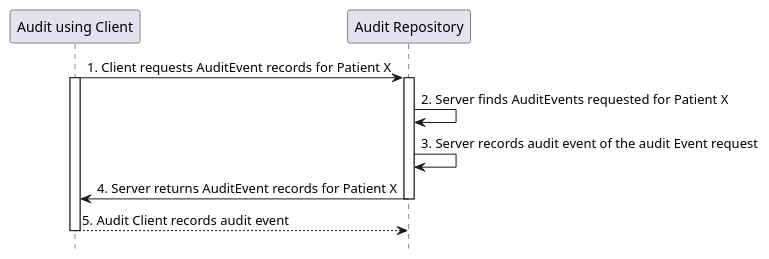
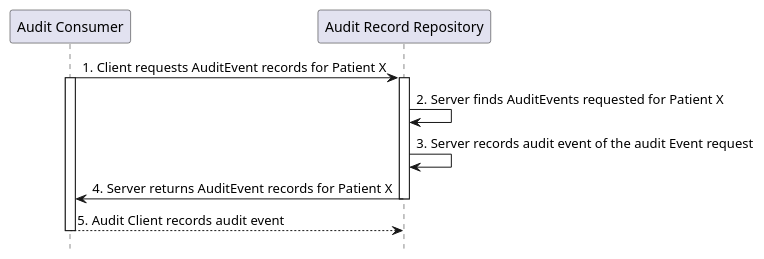
The diagram in input/images-source/usecase2-processflow.plantuml (IHE/ITI.BasicAudit), drawn with PlantUML before and after one commit. The commit also changed 9 other files, not shown here.

```diff
--- a/input/images-source/usecase2-processflow.plantuml
+++ b/input/images-source/usecase2-processflow.plantuml
@@ -1,14 +1,14 @@
 @startuml
 hide footbox
-participant "Audit using Client" as AuditClient
-participant "Audit Repository" as AuditRepository
+participant "Audit Consumer" as AuditClient
+participant "Audit Record Repository" as AuditRepository
 AuditClient -> AuditRepository : 1. Client requests AuditEvent records for Patient X
 activate AuditRepository
 activate AuditClient
 AuditRepository -> AuditRepository : 2. Server finds AuditEvents requested for Patient X
 AuditRepository -> AuditRepository : 3. Server records audit event of the audit Event request
 AuditRepository -> AuditClient : 4. Server returns AuditEvent records for Patient X
 deactivate AuditRepository
 AuditClient --> AuditRepository : 5. Audit Client records audit event
 deactivate AuditClient
 @enduml
```
